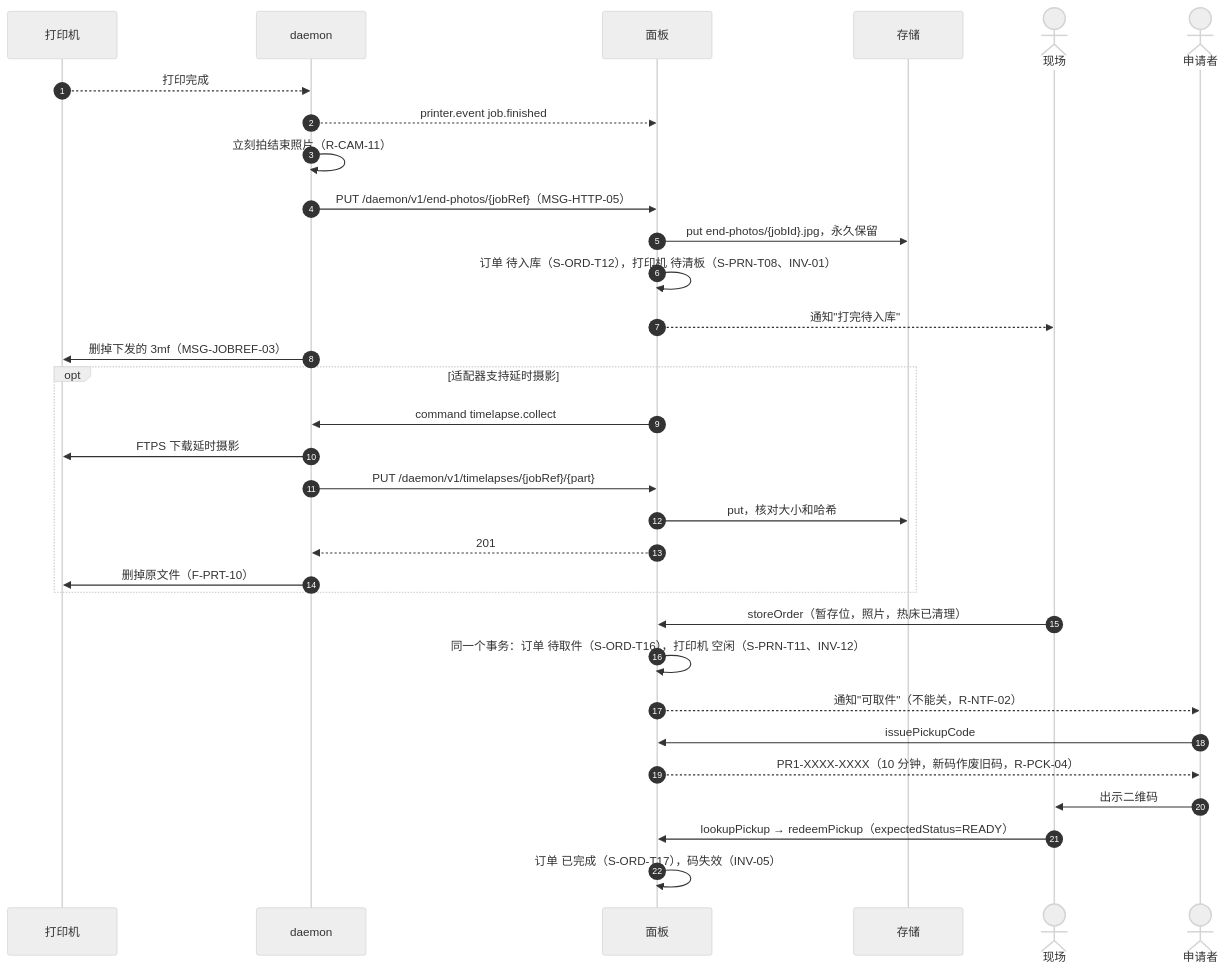
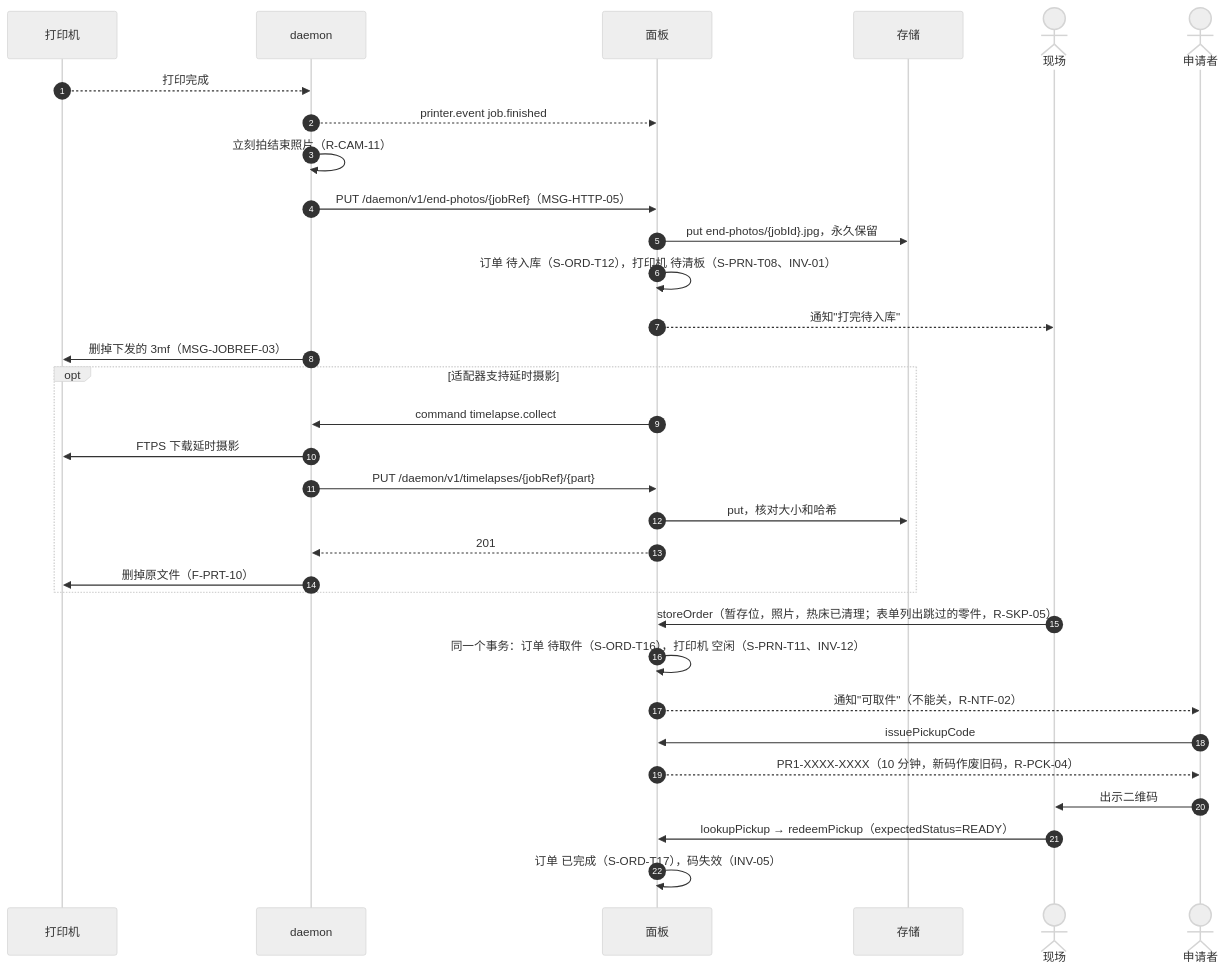
Before and after one commit to PlateRelay/PlateRelay: the seventh of 11 diagrams in docs/design/03-sequences.md, drawn with Mermaid (neutral theme).

Commit message:
docs(design): list skipped parts in store-to-pickup sequence form
Claude-Session: https://claude.ai/code/session_012TmsB2UUV3GMJ8Hk98n5y7

````diff
--- a/docs/design/03-sequences.md
+++ b/docs/design/03-sequences.md
@@ -283,34 +283,34 @@
 ```mermaid
 sequenceDiagram
   autonumber
   participant R as 打印机
   participant D as daemon
   participant P as 面板
   participant O as 存储
   actor S as 现场
   actor A as 申请者
   R-->>D: 打印完成
   D-->>P: printer.event job.finished
   D->>D: 立刻拍结束照片（R-CAM-11）
   D->>P: PUT /daemon/v1/end-photos/{jobRef}（MSG-HTTP-05）
   P->>O: put end-photos/{jobId}.jpg，永久保留
   P->>P: 订单 待入库（S-ORD-T12），打印机 待清板（S-PRN-T08、INV-01）
   P-->>S: 通知"打完待入库"
   D->>R: 删掉下发的 3mf（MSG-JOBREF-03）
   opt 适配器支持延时摄影
     P->>D: command timelapse.collect
     D->>R: FTPS 下载延时摄影
     D->>P: PUT /daemon/v1/timelapses/{jobRef}/{part}
     P->>O: put，核对大小和哈希
     P-->>D: 201
     D->>R: 删掉原文件（F-PRT-10）
   end
-  S->>P: storeOrder（暂存位，照片，热床已清理）
+  S->>P: storeOrder（暂存位，照片，热床已清理；表单列出跳过的零件，R-SKP-05）
   P->>P: 同一个事务：订单 待取件（S-ORD-T16），打印机 空闲（S-PRN-T11、INV-12）
   P-->>A: 通知"可取件"（不能关，R-NTF-02）
   A->>P: issuePickupCode
   P-->>A: PR1-XXXX-XXXX（10 分钟，新码作废旧码，R-PCK-04）
   A->>S: 出示二维码
   S->>P: lookupPickup → redeemPickup（expectedStatus=READY）
   P->>P: 订单 已完成（S-ORD-T17），码失效（INV-05）
 ```
````
